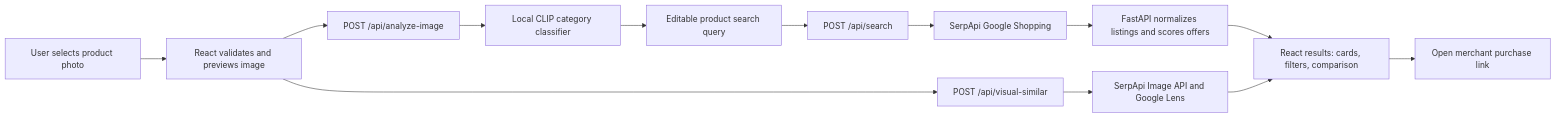
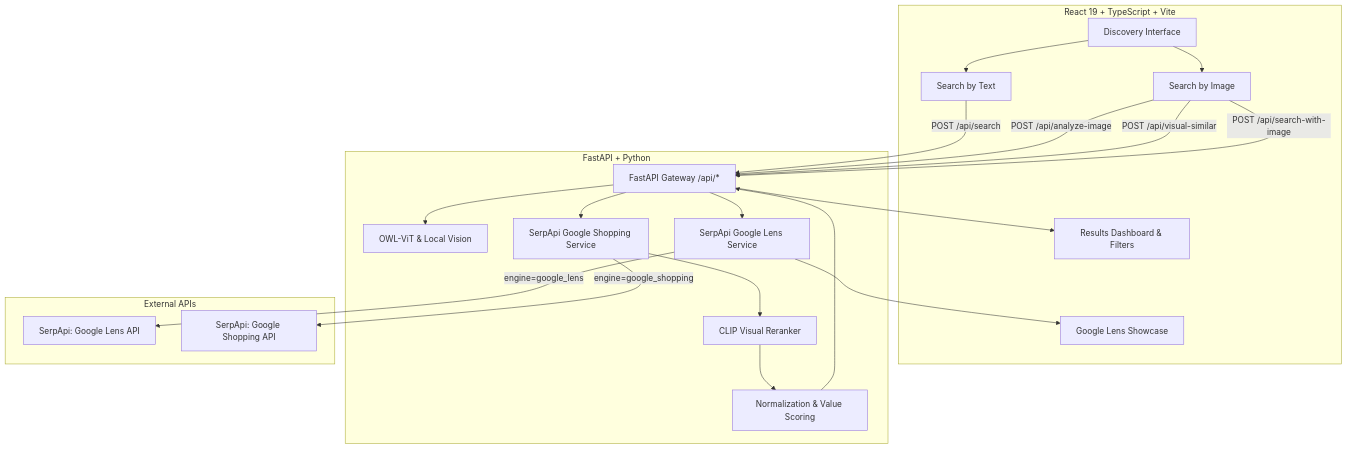
Before and after one commit to JaivPatel07/ShopLens: the diagram in README.md, drawn with Mermaid. The commit also changed other lines of this file and 30 other files, not shown here.

Commit message:
feat: implement comprehensive search results page and backend integration for multi-source product identification

````diff
--- a/README.md
+++ b/README.md
@@ -62,15 +58,46 @@
 ```mermaid
-flowchart LR
-  U[User selects product photo] --> F[React validates and previews image]
-  F --> A[POST /api/analyze-image]
-  A --> V[Local CLIP category classifier]
-  V --> Q[Editable product search query]
-  Q --> S[POST /api/search]
-  S --> G[SerpApi Google Shopping]
-  G --> N[FastAPI normalizes listings and scores offers]
-  N --> R[React results: cards, filters, comparison]
-  F --> L[POST /api/visual-similar]
-  L --> GL[SerpApi Image API and Google Lens]
-  GL --> R
-  R --> M[Open merchant purchase link]
+flowchart TB
+  subgraph Frontend [React 19 + TypeScript + Vite]
+    UI[Discovery Interface]
+    TextFlow[Search by Text]
+    ImgFlow[Search by Image]
+    LensShowcase[Google Lens Showcase]
+    ResultsDash[Results Dashboard & Filters]
+  end
+
+  subgraph Backend [FastAPI + Python]
+    API[FastAPI Gateway /api/*]
+    VisionSvc[OWL-ViT & Local Vision]
+    LensSvc[SerpApi Google Lens Service]
+    ShopSvc[SerpApi Google Shopping Service]
+    RerankSvc[CLIP Visual Reranker]
+    NormSvc[Normalization & Value Scoring]
+  end
+
+  subgraph External [External APIs]
+    SerpLens[SerpApi: Google Lens API]
+    SerpShop[SerpApi: Google Shopping API]
+  end
+
+  UI --> TextFlow
+  UI --> ImgFlow
+
+  TextFlow -->|POST /api/search| API
+  ImgFlow -->|POST /api/analyze-image| API
+  ImgFlow -->|POST /api/visual-similar| API
+  ImgFlow -->|POST /api/search-with-image| API
+
+  API --> VisionSvc
+  API --> LensSvc
+  API --> ShopSvc
+
+  LensSvc -->|engine=google_lens| SerpLens
+  ShopSvc -->|engine=google_shopping| SerpShop
+
+  ShopSvc --> RerankSvc
+  RerankSvc --> NormSvc
+  NormSvc --> API
+
+  API --> ResultsDash
+  LensSvc --> LensShowcase
 ```
````
